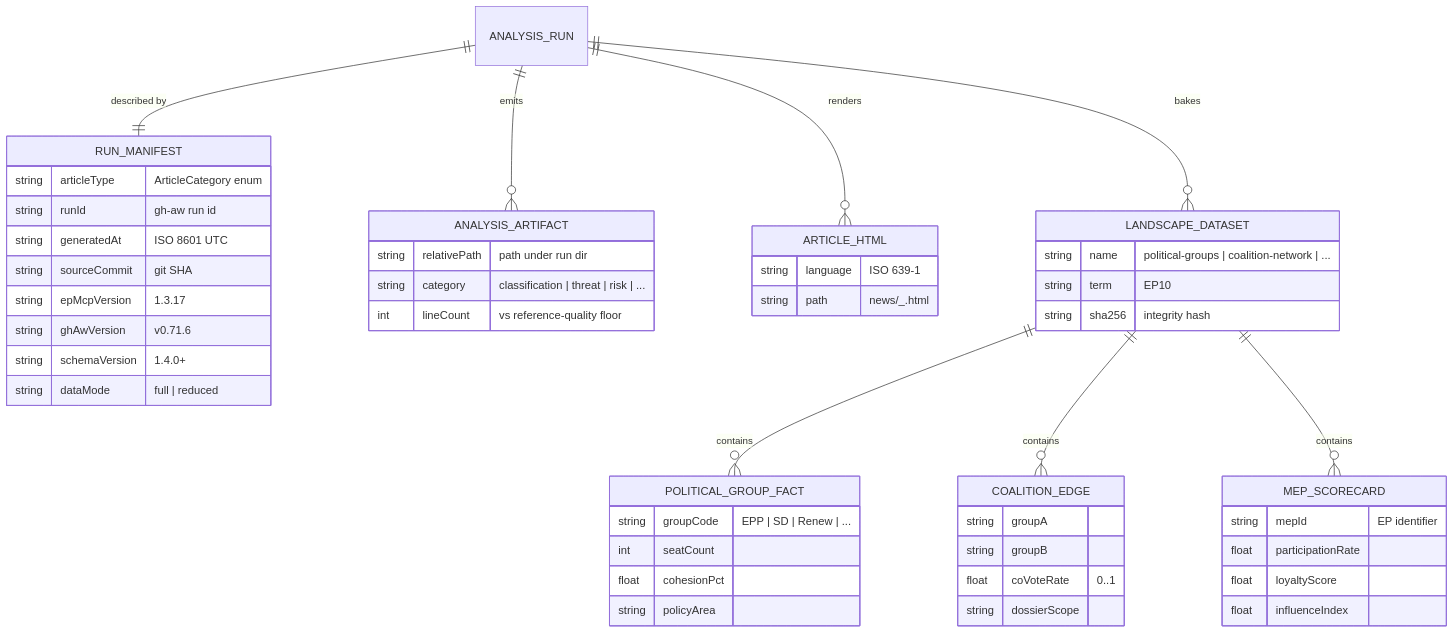
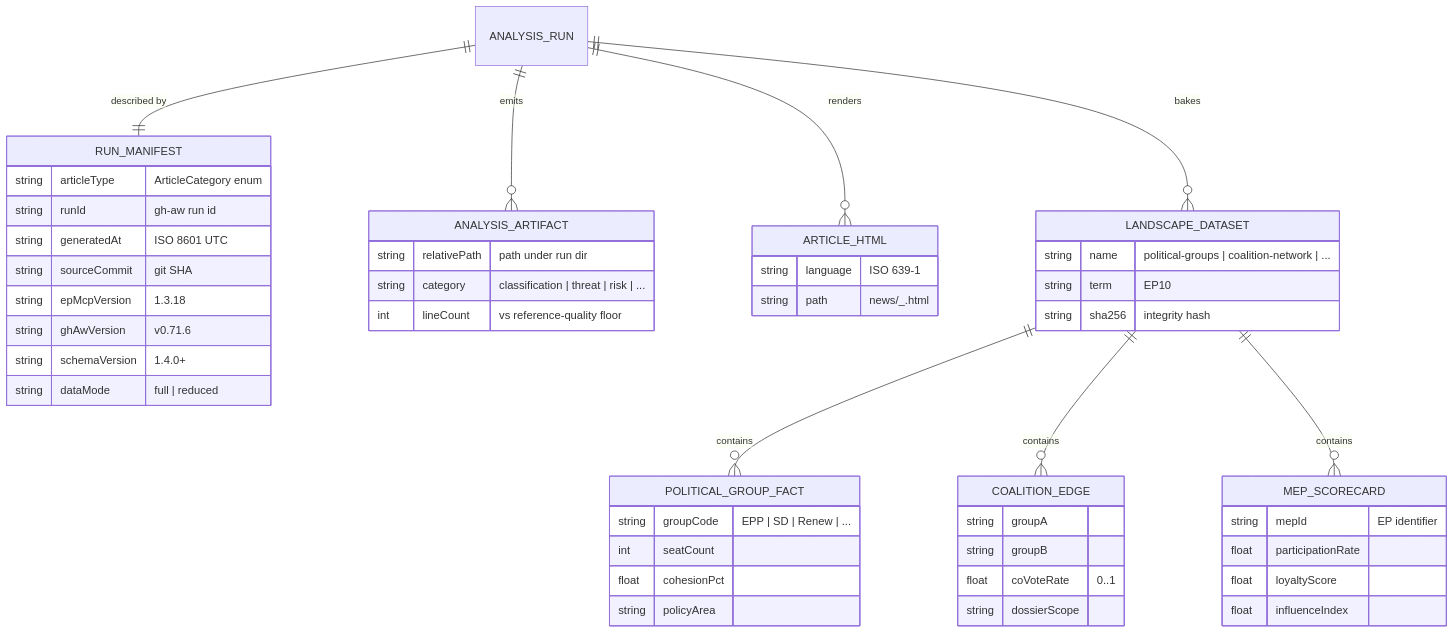
Before and after one commit to Hack23/euparliamentmonitor: the second of 9 diagrams in FUTURE_DATA_MODEL.md, drawn with Mermaid. The commit also changed other lines of this file and 58 other files, not shown here.

````diff
--- a/FUTURE_DATA_MODEL.md
+++ b/FUTURE_DATA_MODEL.md
@@ -218,53 +218,53 @@
 ```mermaid
 erDiagram
     ANALYSIS_RUN ||--|| RUN_MANIFEST : "described by"
     ANALYSIS_RUN ||--o{ ANALYSIS_ARTIFACT : "emits"
     ANALYSIS_RUN ||--o{ ARTICLE_HTML : "renders"
     ANALYSIS_RUN ||--o{ LANDSCAPE_DATASET : "bakes"
     LANDSCAPE_DATASET ||--o{ POLITICAL_GROUP_FACT : "contains"
     LANDSCAPE_DATASET ||--o{ COALITION_EDGE : "contains"
     LANDSCAPE_DATASET ||--o{ MEP_SCORECARD : "contains"
 
     RUN_MANIFEST {
         string articleType "ArticleCategory enum"
         string runId "gh-aw run id"
         string generatedAt "ISO 8601 UTC"
         string sourceCommit "git SHA"
-        string epMcpVersion "1.3.17"
+        string epMcpVersion "1.3.18"
         string ghAwVersion "v0.71.6"
         string schemaVersion "1.4.0+"
         string dataMode "full | reduced"
     }
     ANALYSIS_ARTIFACT {
         string relativePath "path under run dir"
         string category "classification | threat | risk | ..."
         int lineCount "vs reference-quality floor"
     }
     ARTICLE_HTML {
         string language "ISO 639-1"
         string path "news/<slug>_<lang>.html"
     }
     LANDSCAPE_DATASET {
         string name "political-groups | coalition-network | ..."
         string term "EP10"
         string sha256 "integrity hash"
     }
     POLITICAL_GROUP_FACT {
         string groupCode "EPP | SD | Renew | ..."
         int seatCount
         float cohesionPct
         string policyArea
     }
     COALITION_EDGE {
         string groupA
         string groupB
         float coVoteRate "0..1"
         string dossierScope
     }
     MEP_SCORECARD {
         string mepId "EP identifier"
         float participationRate
         float loyaltyScore
         float influenceIndex
     }
 ```
````
